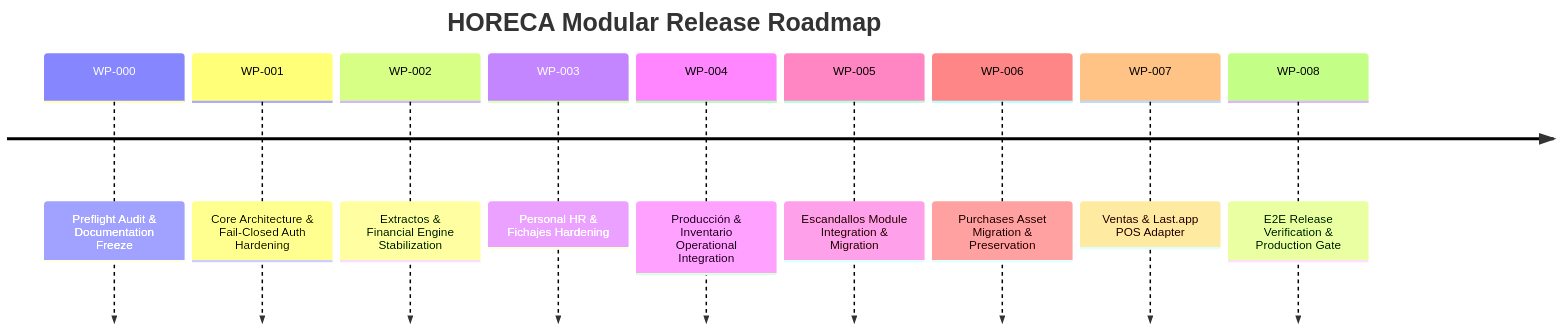
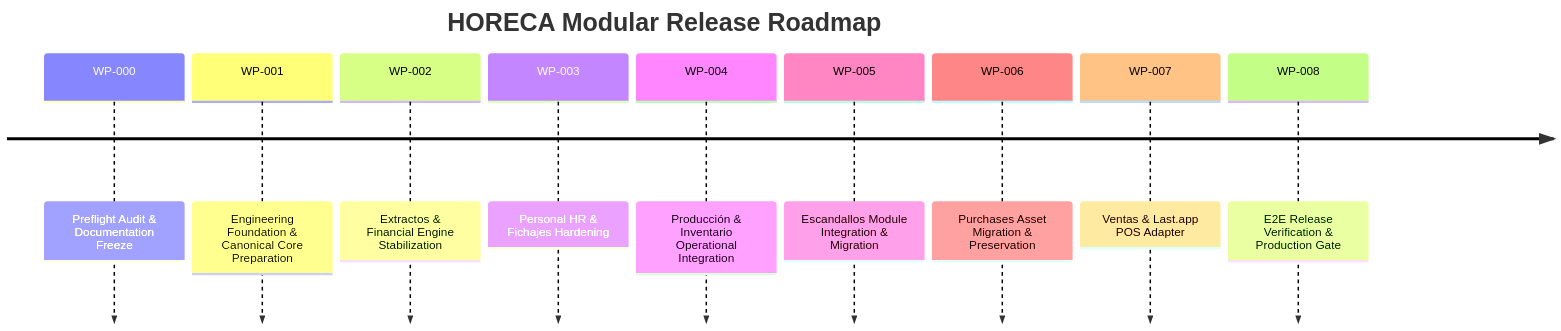
Before and after one commit to amoresemiliano/horeca_modular: the diagram in docs/MIGRATION_ROADMAP.md, drawn with Mermaid. The commit also changed other lines of this file and 8 other files, not shown here.

````diff
--- a/docs/MIGRATION_ROADMAP.md
+++ b/docs/MIGRATION_ROADMAP.md
@@ -6,13 +6,13 @@
 ```mermaid
 timeline
     title HORECA Modular Release Roadmap
     WP-000 : Preflight Audit & Documentation Freeze
-    WP-001 : Core Architecture & Fail-Closed Auth Hardening
+    WP-001 : Engineering Foundation & Canonical Core Preparation
     WP-002 : Extractos & Financial Engine Stabilization
     WP-003 : Personal HR & Fichajes Hardening
     WP-004 : Producción & Inventario Operational Integration
     WP-005 : Escandallos Module Integration & Migration
     WP-006 : Purchases Asset Migration & Preservation
     WP-007 : Ventas & Last.app POS Adapter
     WP-008 : E2E Release Verification & Production Gate
 ```
````
